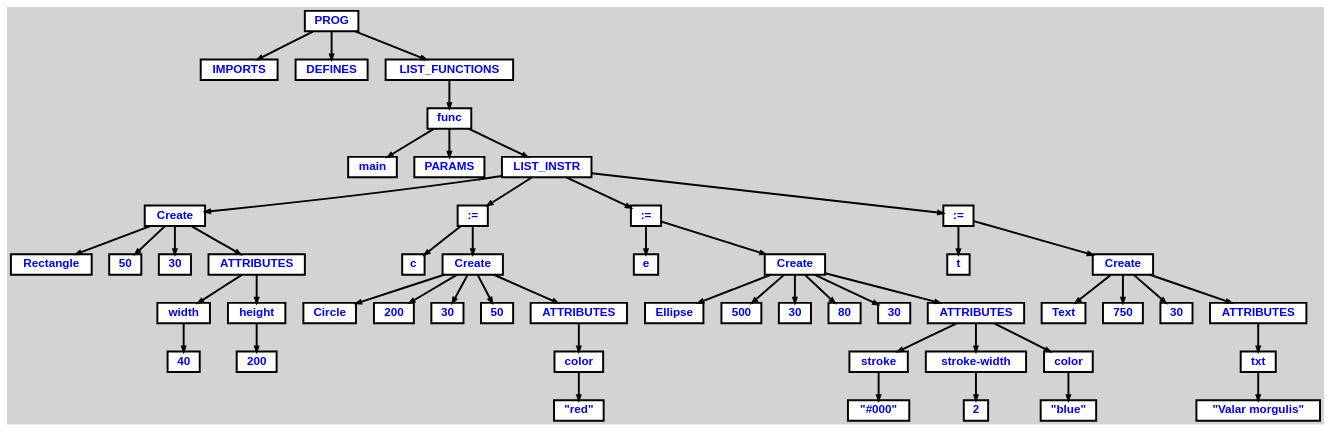
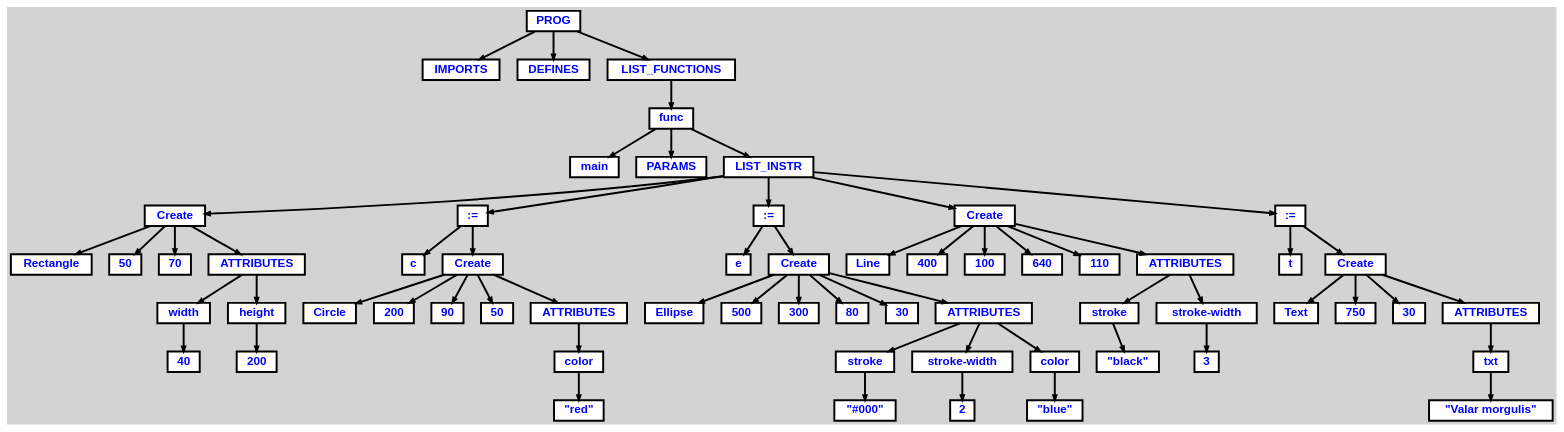
One commit to 5thingol/Practica-CL changed the diagram in examples/create.dot. Above: the diagram before and after it, drawn with Graphviz. The commit also changed 83 other files, not shown here.

```diff
--- a/examples/create.dot
+++ b/examples/create.dot
@@ -1,133 +1,159 @@
 digraph {
 
 	ordering=out;
 	ranksep=.4;
 	bgcolor="lightgrey"; node [shape=box, fixedsize=false, fontsize=12, fontname="Helvetica-bold", fontcolor="blue"
 		width=.25, height=.25, color="black", fillcolor="white", style="filled, solid, bold"];
 	edge [arrowsize=.5, color="black", style="bold"]
 
   n0 [label="PROG"];
   n1 [label="IMPORTS"];
   n2 [label="DEFINES"];
   n3 [label="LIST_FUNCTIONS"];
   n3 [label="LIST_FUNCTIONS"];
   n4 [label="func"];
   n4 [label="func"];
   n5 [label="main"];
   n6 [label="PARAMS"];
   n7 [label="LIST_INSTR"];
   n7 [label="LIST_INSTR"];
   n8 [label="Create"];
   n8 [label="Create"];
   n9 [label="Rectangle"];
   n10 [label="50"];
-  n11 [label="30"];
+  n11 [label="70"];
   n12 [label="ATTRIBUTES"];
   n12 [label="ATTRIBUTES"];
   n13 [label="width"];
   n13 [label="width"];
   n14 [label="40"];
   n15 [label="height"];
   n15 [label="height"];
   n16 [label="200"];
   n17 [label=":="];
   n17 [label=":="];
   n18 [label="c"];
   n19 [label="Create"];
   n19 [label="Create"];
   n20 [label="Circle"];
   n21 [label="200"];
-  n22 [label="30"];
+  n22 [label="90"];
   n23 [label="50"];
   n24 [label="ATTRIBUTES"];
   n24 [label="ATTRIBUTES"];
   n25 [label="color"];
   n25 [label="color"];
   n26 [label="\"red\""];
   n27 [label=":="];
   n27 [label=":="];
   n28 [label="e"];
   n29 [label="Create"];
   n29 [label="Create"];
   n30 [label="Ellipse"];
   n31 [label="500"];
-  n32 [label="30"];
+  n32 [label="300"];
   n33 [label="80"];
   n34 [label="30"];
   n35 [label="ATTRIBUTES"];
   n35 [label="ATTRIBUTES"];
   n36 [label="stroke"];
   n36 [label="stroke"];
   n37 [label="\"#000\""];
   n38 [label="stroke-width"];
   n38 [label="stroke-width"];
   n39 [label="2"];
   n40 [label="color"];
   n40 [label="color"];
   n41 [label="\"blue\""];
-  n42 [label=":="];
-  n42 [label=":="];
-  n43 [label="t"];
-  n44 [label="Create"];
-  n44 [label="Create"];
-  n45 [label="Text"];
-  n46 [label="750"];
-  n47 [label="30"];
+  n42 [label="Create"];
+  n42 [label="Create"];
+  n43 [label="Line"];
+  n44 [label="400"];
+  n45 [label="100"];
+  n46 [label="640"];
+  n47 [label="110"];
   n48 [label="ATTRIBUTES"];
   n48 [label="ATTRIBUTES"];
-  n49 [label="txt"];
-  n49 [label="txt"];
-  n50 [label="\"Valar morgulis\""];
+  n49 [label="stroke"];
+  n49 [label="stroke"];
+  n50 [label="\"black\""];
+  n51 [label="stroke-width"];
+  n51 [label="stroke-width"];
+  n52 [label="3"];
+  n53 [label=":="];
+  n53 [label=":="];
+  n54 [label="t"];
+  n55 [label="Create"];
+  n55 [label="Create"];
+  n56 [label="Text"];
+  n57 [label="750"];
+  n58 [label="30"];
+  n59 [label="ATTRIBUTES"];
+  n59 [label="ATTRIBUTES"];
+  n60 [label="txt"];
+  n60 [label="txt"];
+  n61 [label="\"Valar morgulis\""];
 
   n0 -> n1 // "PROG" -> "IMPORTS"
   n0 -> n2 // "PROG" -> "DEFINES"
   n0 -> n3 // "PROG" -> "LIST_FUNCTIONS"
   n3 -> n4 // "LIST_FUNCTIONS" -> "func"
   n4 -> n5 // "func" -> "main"
   n4 -> n6 // "func" -> "PARAMS"
   n4 -> n7 // "func" -> "LIST_INSTR"
   n7 -> n8 // "LIST_INSTR" -> "Create"
   n8 -> n9 // "Create" -> "Rectangle"
   n8 -> n10 // "Create" -> "50"
-  n8 -> n11 // "Create" -> "30"
+  n8 -> n11 // "Create" -> "70"
   n8 -> n12 // "Create" -> "ATTRIBUTES"
   n12 -> n13 // "ATTRIBUTES" -> "width"
   n13 -> n14 // "width" -> "40"
   n12 -> n15 // "ATTRIBUTES" -> "height"
   n15 -> n16 // "height" -> "200"
   n7 -> n17 // "LIST_INSTR" -> ":="
   n17 -> n18 // ":=" -> "c"
   n17 -> n19 // ":=" -> "Create"
   n19 -> n20 // "Create" -> "Circle"
   n19 -> n21 // "Create" -> "200"
-  n19 -> n22 // "Create" -> "30"
+  n19 -> n22 // "Create" -> "90"
   n19 -> n23 // "Create" -> "50"
   n19 -> n24 // "Create" -> "ATTRIBUTES"
   n24 -> n25 // "ATTRIBUTES" -> "color"
   n25 -> n26 // "color" -> "\"red\""
   n7 -> n27 // "LIST_INSTR" -> ":="
   n27 -> n28 // ":=" -> "e"
   n27 -> n29 // ":=" -> "Create"
   n29 -> n30 // "Create" -> "Ellipse"
   n29 -> n31 // "Create" -> "500"
-  n29 -> n32 // "Create" -> "30"
+  n29 -> n32 // "Create" -> "300"
   n29 -> n33 // "Create" -> "80"
   n29 -> n34 // "Create" -> "30"
   n29 -> n35 // "Create" -> "ATTRIBUTES"
   n35 -> n36 // "ATTRIBUTES" -> "stroke"
   n36 -> n37 // "stroke" -> "\"#000\""
   n35 -> n38 // "ATTRIBUTES" -> "stroke-width"
   n38 -> n39 // "stroke-width" -> "2"
   n35 -> n40 // "ATTRIBUTES" -> "color"
   n40 -> n41 // "color" -> "\"blue\""
-  n7 -> n42 // "LIST_INSTR" -> ":="
-  n42 -> n43 // ":=" -> "t"
-  n42 -> n44 // ":=" -> "Create"
-  n44 -> n45 // "Create" -> "Text"
-  n44 -> n46 // "Create" -> "750"
-  n44 -> n47 // "Create" -> "30"
-  n44 -> n48 // "Create" -> "ATTRIBUTES"
-  n48 -> n49 // "ATTRIBUTES" -> "txt"
-  n49 -> n50 // "txt" -> "\"Valar morgulis\""
+  n7 -> n42 // "LIST_INSTR" -> "Create"
+  n42 -> n43 // "Create" -> "Line"
+  n42 -> n44 // "Create" -> "400"
+  n42 -> n45 // "Create" -> "100"
+  n42 -> n46 // "Create" -> "640"
+  n42 -> n47 // "Create" -> "110"
+  n42 -> n48 // "Create" -> "ATTRIBUTES"
+  n48 -> n49 // "ATTRIBUTES" -> "stroke"
+  n49 -> n50 // "stroke" -> "\"black\""
+  n48 -> n51 // "ATTRIBUTES" -> "stroke-width"
+  n51 -> n52 // "stroke-width" -> "3"
+  n7 -> n53 // "LIST_INSTR" -> ":="
+  n53 -> n54 // ":=" -> "t"
+  n53 -> n55 // ":=" -> "Create"
+  n55 -> n56 // "Create" -> "Text"
+  n55 -> n57 // "Create" -> "750"
+  n55 -> n58 // "Create" -> "30"
+  n55 -> n59 // "Create" -> "ATTRIBUTES"
+  n59 -> n60 // "ATTRIBUTES" -> "txt"
+  n60 -> n61 // "txt" -> "\"Valar morgulis\""
 
 }
```
